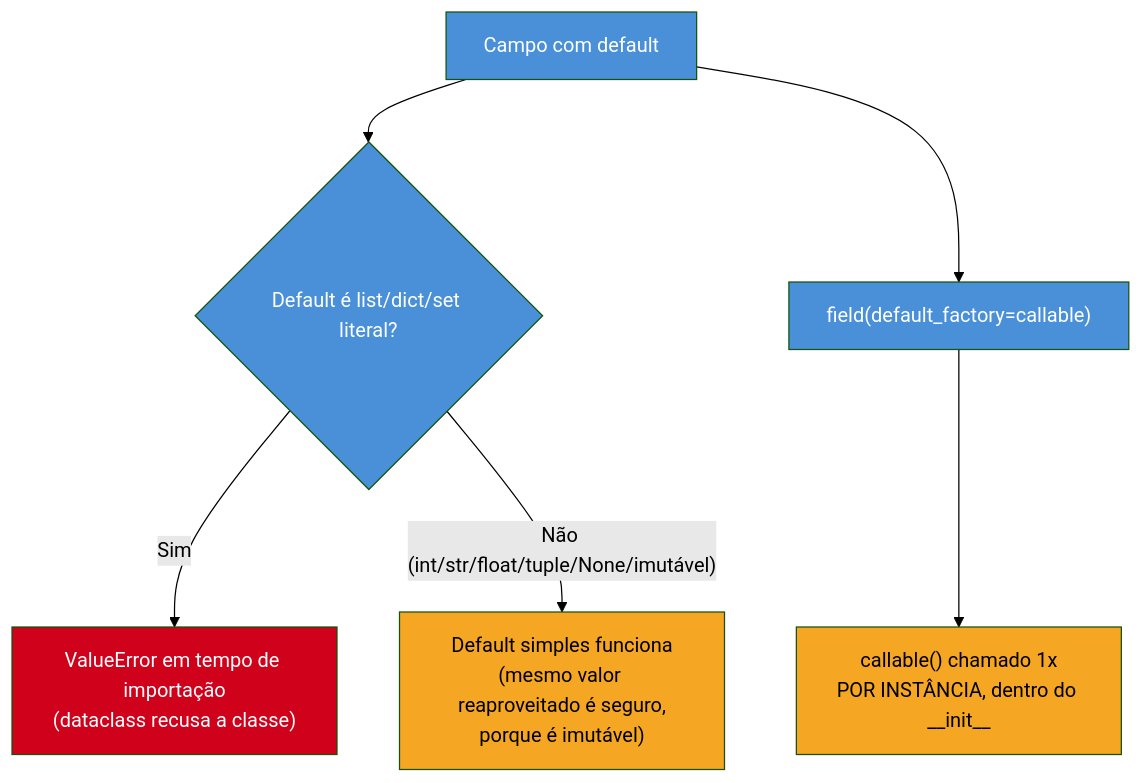
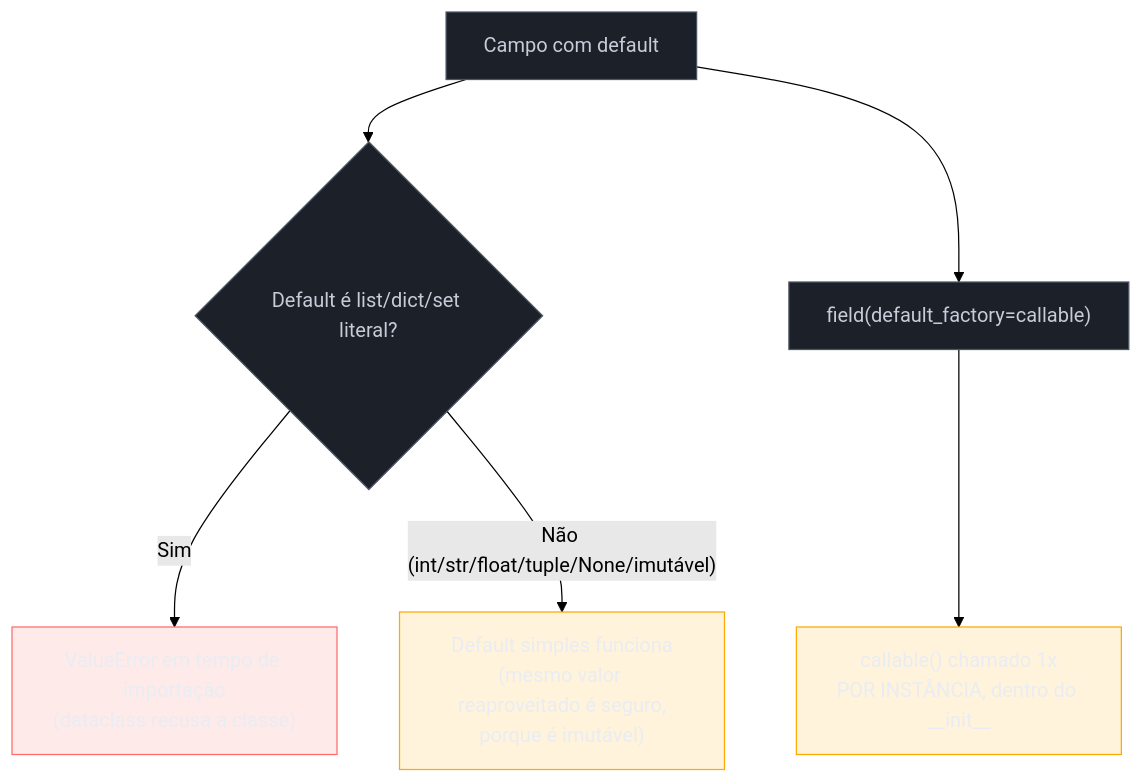
The second of 3 diagrams in 03-Dominios/Tecnologia/Python/OO e Data Model/05 - Dataclasses.md (josenaldo/codex-technomanticus), drawn with Mermaid (forest theme) before and after one commit. The commit also changed other lines of this file and 1181 other files, not shown here.

First line of the commit message:
fix(diagramas): paleta do sistema no lugar de cor cravada no markdown

````diff
--- a/03-Dominios/Tecnologia/Python/OO e Data Model/05 - Dataclasses.md
+++ b/03-Dominios/Tecnologia/Python/OO e Data Model/05 - Dataclasses.md
@@ -195,15 +197,18 @@
 ```mermaid
 flowchart TB
+    classDef neutro fill:#1B2029,stroke:#4E5666,color:#C6CCD8
+    classDef falha fill:#FF6B6B24,stroke:#FF6B6B,color:#E9ECF2
+    classDef destaque fill:#FFAA0024,stroke:#FFAA00,color:#E9ECF2
     A["Campo com default"] --> B{"Default é list/dict/set literal?"}
     B -- "Sim" --> C["ValueError em tempo de importação\n(dataclass recusa a classe)"]
     B -- "Não (int/str/float/tuple/None/imutável)" --> D["Default simples funciona\n(mesmo valor reaproveitado é seguro,\nporque é imutável)"]
     A --> E["field(default_factory=callable)"]
     E --> F["callable() chamado 1x\nPOR INSTÂNCIA, dentro do __init__"]
 
-    style A fill:#4A90D9,color:#fff
-    style B fill:#4A90D9,color:#fff
-    style C fill:#D0021B,color:#fff
-    style D fill:#F5A623,color:#000
-    style E fill:#4A90D9,color:#fff
-    style F fill:#F5A623,color:#000
+    class A neutro
+    class B neutro
+    class C falha
+    class D destaque
+    class E neutro
+    class F destaque
 ```
````
